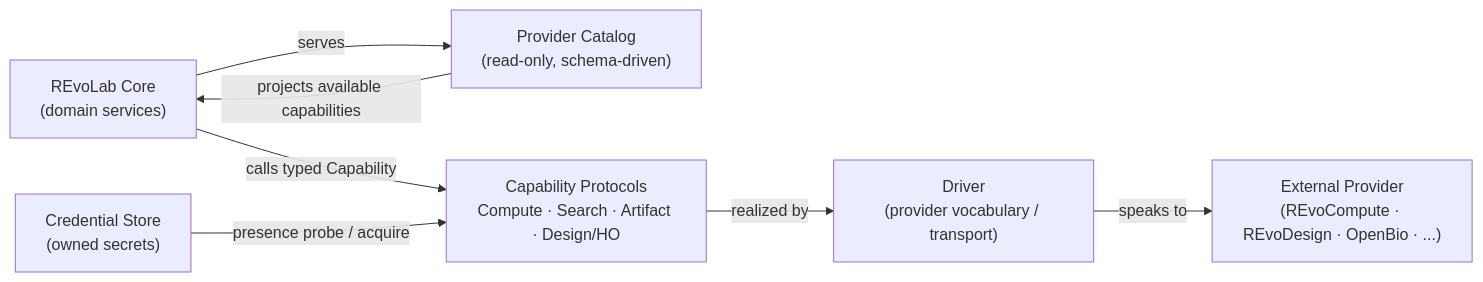
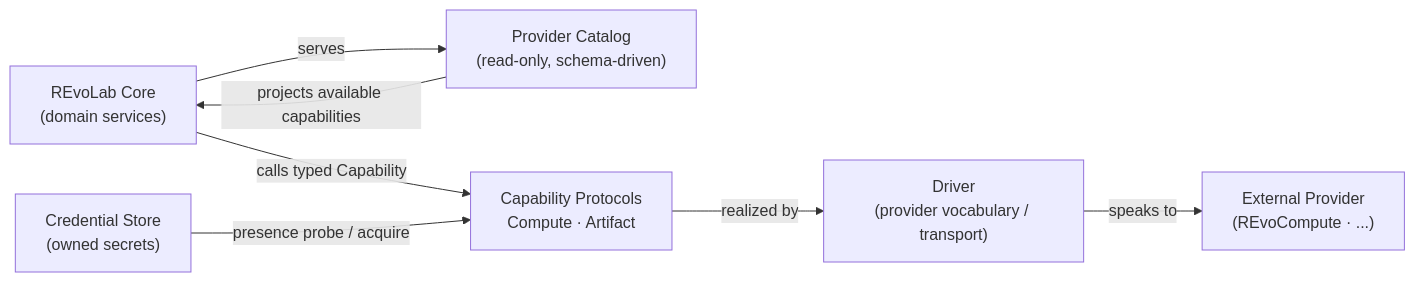
One commit to YaoYinYing/REvoLab changed the fourth of 6 diagrams in docs/architecture/SYSTEM_ARCHITECTURE.md. Above: the diagram before and after it, drawn with Mermaid. The commit also changed other lines of this file and 51 other files, not shown here.

````diff
--- a/docs/architecture/SYSTEM_ARCHITECTURE.md
+++ b/docs/architecture/SYSTEM_ARCHITECTURE.md
@@ -247,16 +278,16 @@
 ```mermaid
 flowchart LR
     Core["REvoLab Core<br/>(domain services)"]
     Cat["Provider Catalog<br/>(read-only, schema-driven)"]
-    Cap["Capability Protocols<br/>Compute · Search · Artifact · Design/HO"]
+    Cap["Capability Protocols<br/>Compute · Artifact"]
     Drv["Driver<br/>(provider vocabulary / transport)"]
-    Prov["External Provider<br/>(REvoCompute · REvoDesign · OpenBio · ...)"]
+    Prov["External Provider<br/>(REvoCompute · ...)"]
     Cred["Credential Store<br/>(owned secrets)"]
 
     Core -- calls typed Capability --> Cap
     Cap -- realized by --> Drv
     Drv -- speaks to --> Prov
     Core -- serves --> Cat
     Cat -- projects available capabilities --> Core
     Cred -- presence probe / acquire --> Cap
 ```
````
